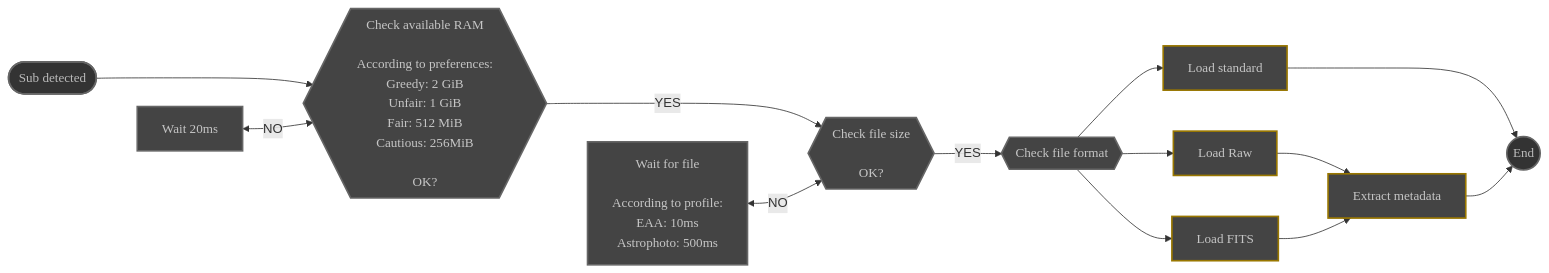
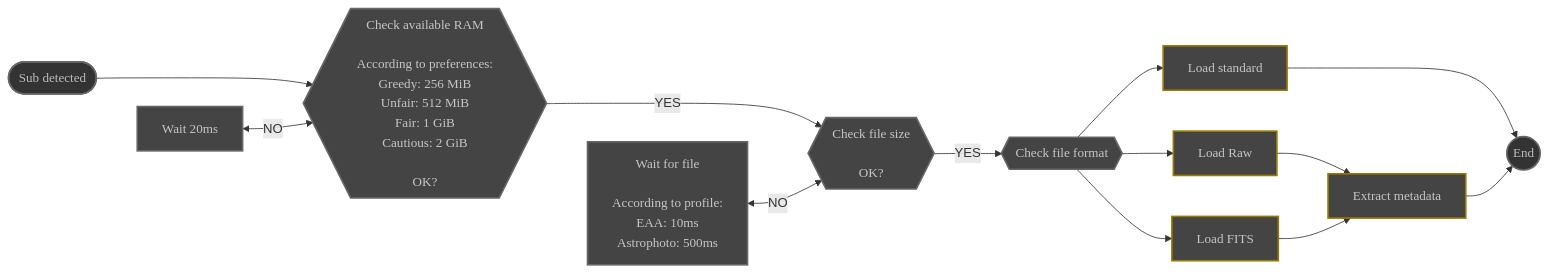
The diagram in content/en/docs/v0.7/reference/modules/scanner.md (deufrai/als), drawn with Mermaid before and after one commit. The commit also changed other lines of this file and 1 other file, not shown here.

Commit message:
fix order of RAM values in scanner flowcharts

````diff
--- a/content/en/docs/v0.7/reference/modules/scanner.md
+++ b/content/en/docs/v0.7/reference/modules/scanner.md
@@ -62,50 +62,50 @@
 ```mermaid
 flowchart LR
     START([Sub detected])
     
     WAIT_FILE[Wait for file<br><br>According to profile:<br>EAA: 10ms<br>Astrophoto: 500ms]    
     WAIT_RAM[Wait 20ms]
     
-    CHECK_RAM{{Check available RAM<br><br>According to preferences:<br>Greedy: 2 GiB<br>Unfair: 1 GiB<br>Fair: 512 MiB<br>Cautious: 256MiB<br><br>OK?}}
+    CHECK_RAM{{Check available RAM<br><br>According to preferences:<br>Greedy: 256 MiB<br>Unfair: 512 MiB<br>Fair: 1 GiB<br>Cautious: 2 GiB<br><br>OK?}}
     CHECK_SIZE{{Check file size<br><br>OK?}}
     TEST_FORMAT{{Check file format}}
     
     FITS[Load FITS]
     STANDARD[Load standard]
     RAW[Load Raw]
     
     METADATA[Extract metadata]
     
     END((End))
     
     START ---> CHECK_RAM   
     WAIT_RAM <-->|NO| CHECK_RAM
  
     
     CHECK_RAM --->|YES| CHECK_SIZE
     WAIT_FILE <-->|NO| CHECK_SIZE   
     CHECK_SIZE -->|YES| TEST_FORMAT
 
     TEST_FORMAT -->  FITS
     TEST_FORMAT -->  STANDARD
     TEST_FORMAT -->  RAW
     
 
     RAW --> METADATA
     FITS --> METADATA
     
     STANDARD ---> END
     METADATA --> END
     
     style START fill:#333,stroke:#666,stroke-width:2px,color:#BBB,font-family:'Poppins',sans-serif
     style WAIT_RAM fill:#444,stroke:#666,stroke-width:2px,color:#c6c6c6,font-family:'Poppins',sans-serif
     style CHECK_RAM fill:#444,stroke:#666,stroke-width:2px,color:#c6c6c6,font-family:'Poppins',sans-serif
     style CHECK_SIZE fill:#444,stroke:#666,stroke-width:2px,color:#c6c6c6,font-family:'Poppins',sans-serif
     style WAIT_FILE fill:#444,stroke:#666,stroke-width:2px,color:#c6c6c6,font-family:'Poppins',sans-serif
     style TEST_FORMAT fill:#444,stroke:#666,stroke-width:2px,color:#c6c6c6,font-family:'Poppins',sans-serif
     style FITS fill:#444,stroke:#970,stroke-width:2px,color:#c6c6c6,font-family:'Poppins',sans-serif
     style STANDARD fill:#444,stroke:#970,stroke-width:2px,color:#c6c6c6,font-family:'Poppins',sans-serif
     style RAW fill:#444,stroke:#970,stroke-width:2px,color:#c6c6c6,font-family:'Poppins',sans-serif
     style METADATA fill:#444,stroke:#970,stroke-width:2px,color:#c6c6c6,font-family:'Poppins',sans-serif
     style END fill:#333,stroke:#666,stroke-width:2px,color:#BBB,font-family:'Poppins',sans-serif
 ```
````
